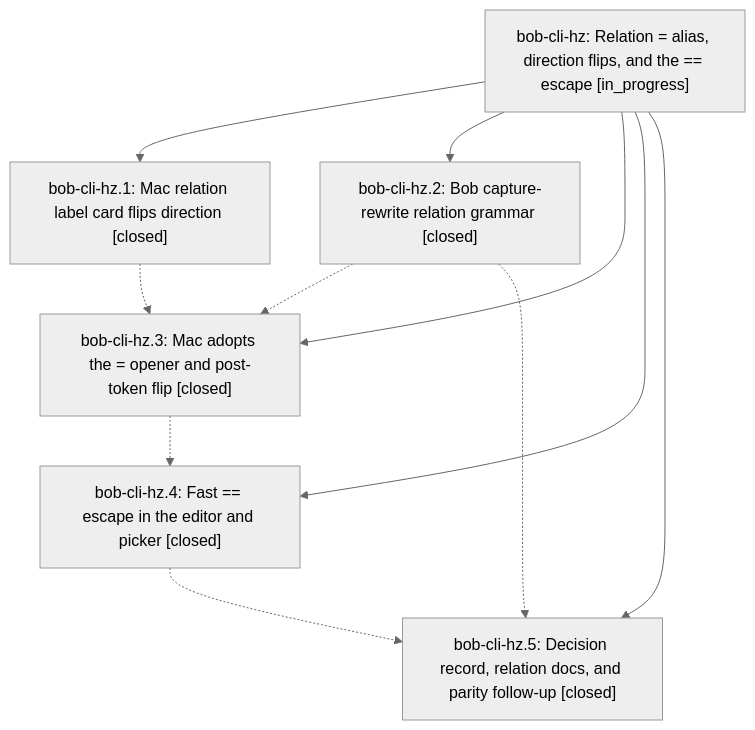
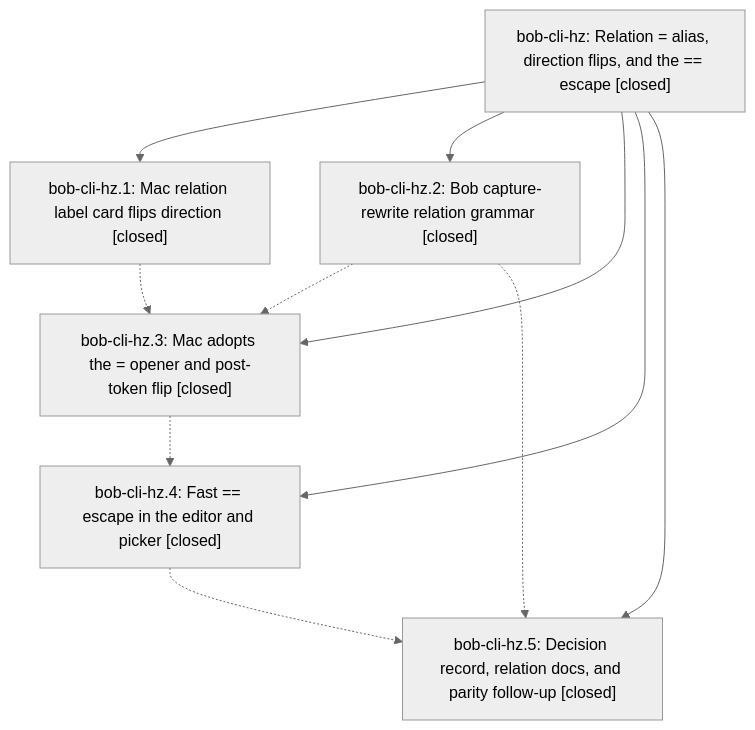
One commit to bobs-org/bob-cli--beads changed the diagram in pages/bob-cli-hz/README.md. Above: the diagram before and after it, drawn with Mermaid (neutral theme). The commit also changed other lines of this file, not shown here.

First line of the commit message:
chore(beads): sync bead state and pages for bob-cli-hz

````diff
--- a/pages/bob-cli-hz/README.md
+++ b/pages/bob-cli-hz/README.md
@@ -46,19 +48,19 @@
 ```mermaid
 flowchart TD
-    n0["bob-cli-hz: Relation = alias, direction flips, and the == escape [in_progress]"]
+    n0["bob-cli-hz: Relation = alias, direction flips, and the == escape [closed]"]
     n1["bob-cli-hz.1: Mac relation label card flips direction [closed]"]
     n2["bob-cli-hz.2: Bob capture-rewrite relation grammar [closed]"]
     n3["bob-cli-hz.3: Mac adopts the = opener and post-token flip [closed]"]
     n4["bob-cli-hz.4: Fast == escape in the editor and picker [closed]"]
     n5["bob-cli-hz.5: Decision record, relation docs, and parity follow-up [closed]"]
     n0 --> n1
     n0 --> n2
     n0 --> n3
     n0 --> n4
     n0 --> n5
     n1 -.-> n3
     n2 -.-> n3
     n2 -.-> n5
     n3 -.-> n4
     n4 -.-> n5
 ```
````
